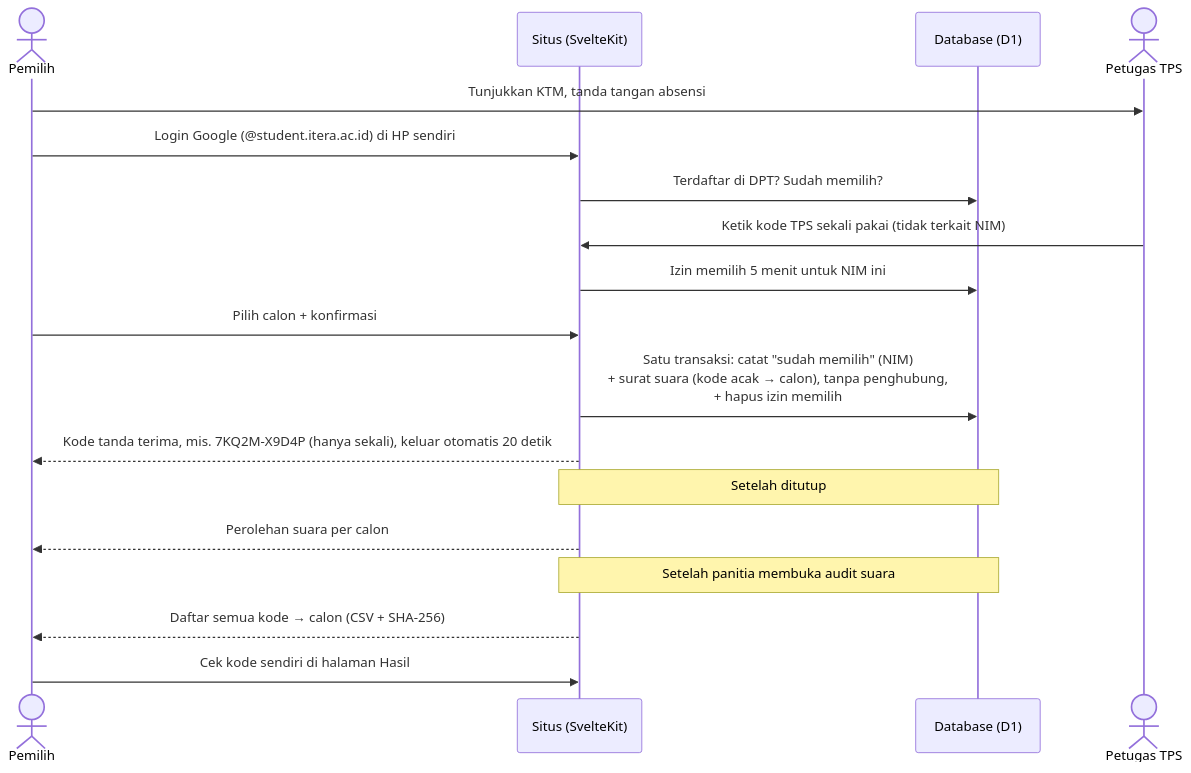
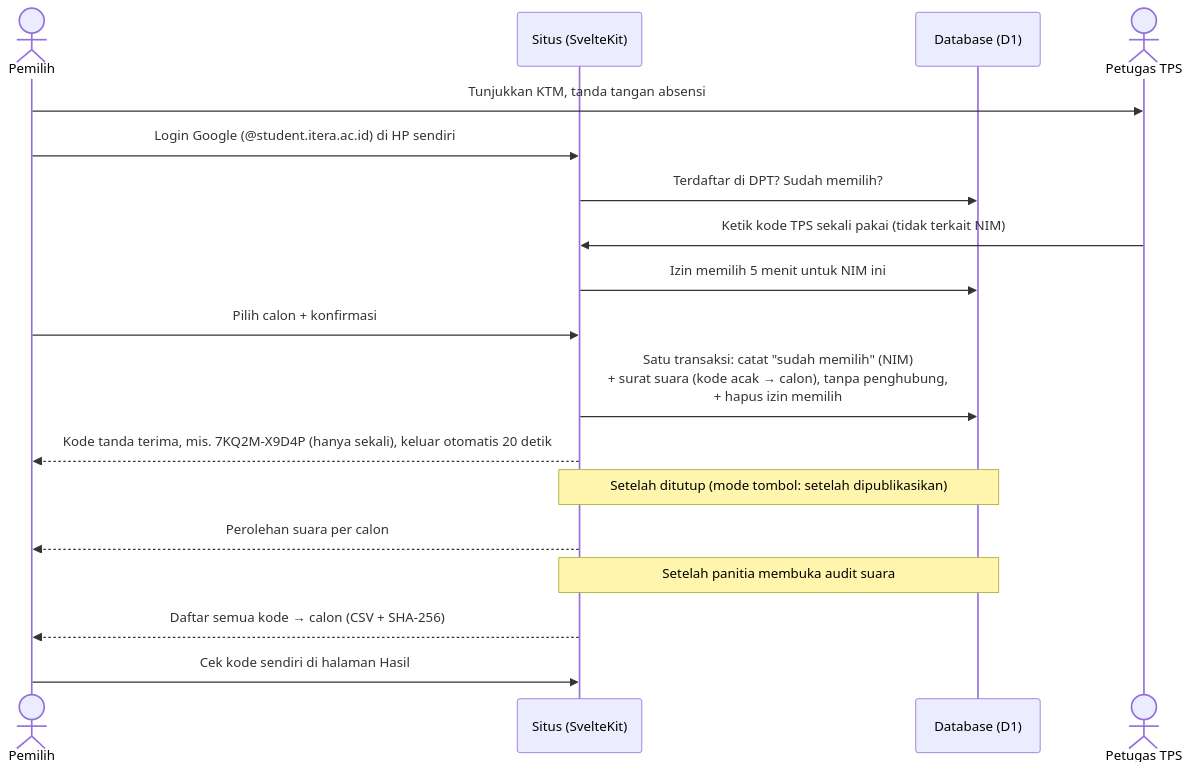
The diagram in README.md (Persekutuan-Mahasiswa-Kristen-ITERA/pemira-pmk-2026), drawn with Mermaid before and after one commit. The commit also changed other lines of this file and 16 other files, not shown here.

````diff
--- a/README.md
+++ b/README.md
@@ -43,21 +43,21 @@
 ```mermaid
 sequenceDiagram
     actor P as Pemilih
     participant S as Situs (SvelteKit)
     participant DB as Database (D1)
 
     actor T as Petugas TPS
     P->>T: Tunjukkan KTM, tanda tangan absensi
     P->>S: Login Google (@student.itera.ac.id) di HP sendiri
     S->>DB: Terdaftar di DPT? Sudah memilih?
     T->>S: Ketik kode TPS sekali pakai (tidak terkait NIM)
     S->>DB: Izin memilih 5 menit untuk NIM ini
     P->>S: Pilih calon + konfirmasi
     S->>DB: Satu transaksi: catat "sudah memilih" (NIM)<br/>+ surat suara (kode acak → calon), tanpa penghubung,<br/>+ hapus izin memilih
     S-->>P: Kode tanda terima, mis. 7KQ2M-X9D4P (hanya sekali), keluar otomatis 20 detik
-    Note over S,DB: Setelah ditutup
+    Note over S,DB: Setelah ditutup (mode tombol: setelah dipublikasikan)
     S-->>P: Perolehan suara per calon
     Note over S,DB: Setelah panitia membuka audit suara
     S-->>P: Daftar semua kode → calon (CSV + SHA-256)
     P->>S: Cek kode sendiri di halaman Hasil
 ```
````
